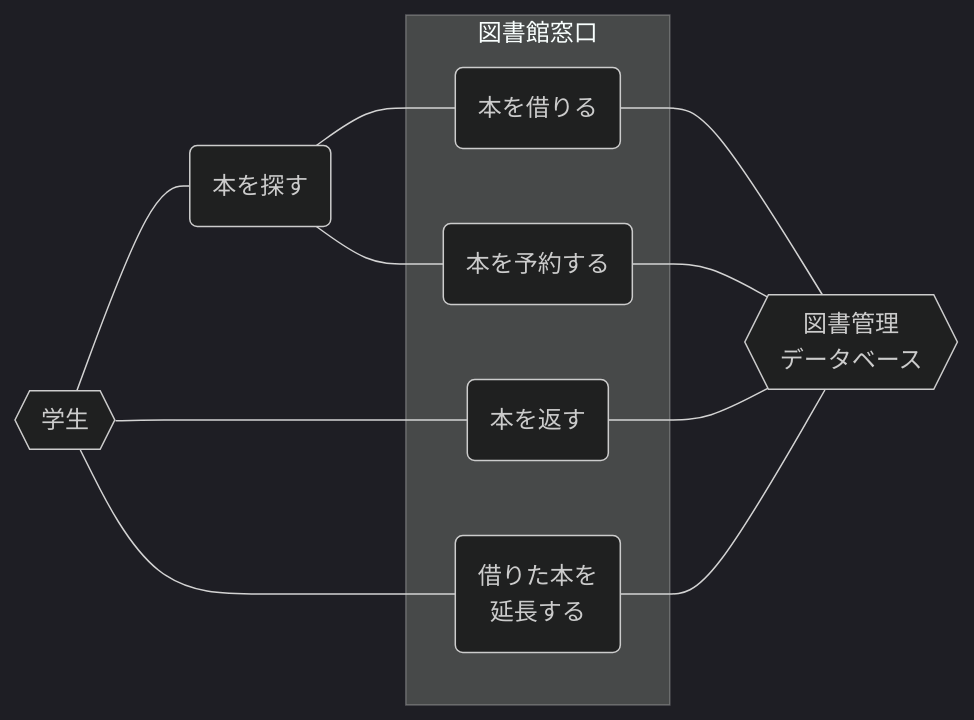
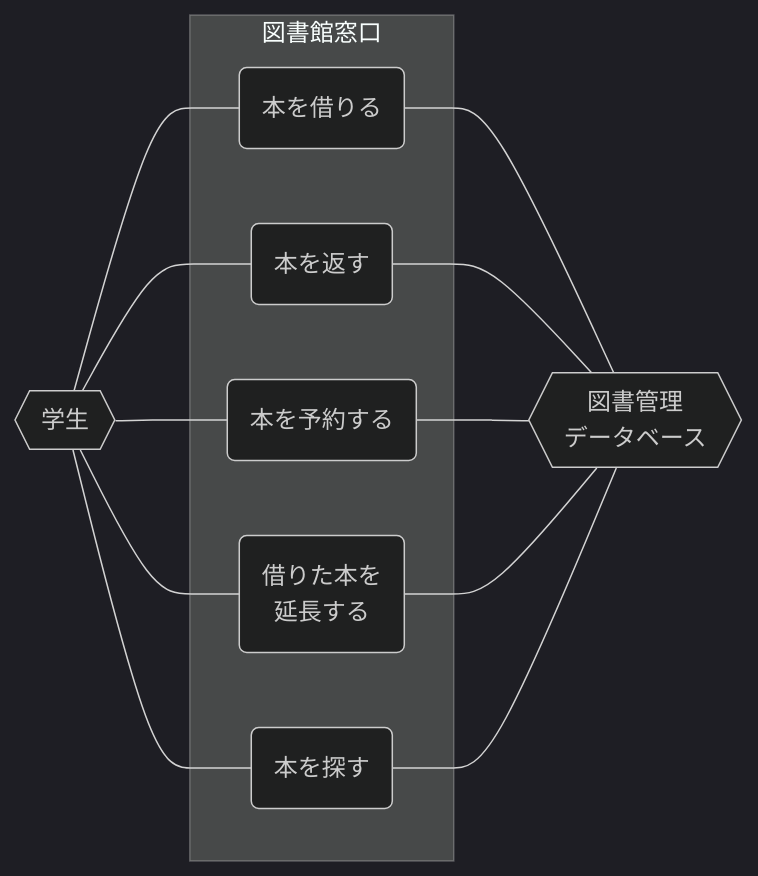
The diagram in mermaid2.md (Shibasaki1224/Marmade_Vol.1), drawn with Mermaid (dark theme) before and after one commit.

Commit message:
きっと完成

````diff
--- a/mermaid2.md
+++ b/mermaid2.md
@@ -1,22 +1,24 @@
 ```mermaid
 flowchart LR
 a{{学生}}
 b(本を借りる)
 c(本を返す)
 d(本を予約する)
 e("借りた本を\n延長する")
 f(本を探す)
 g{{"図書管理\nデータベース"}}
 
-a---f---b---g
-f---d---g
+a---b---g
 a---c---g
+a---d---g
 a---e---g
+a---f---g
 
 subgraph 図書館窓口
 b
 c
 d
 e
+f
 end
 ```
````
